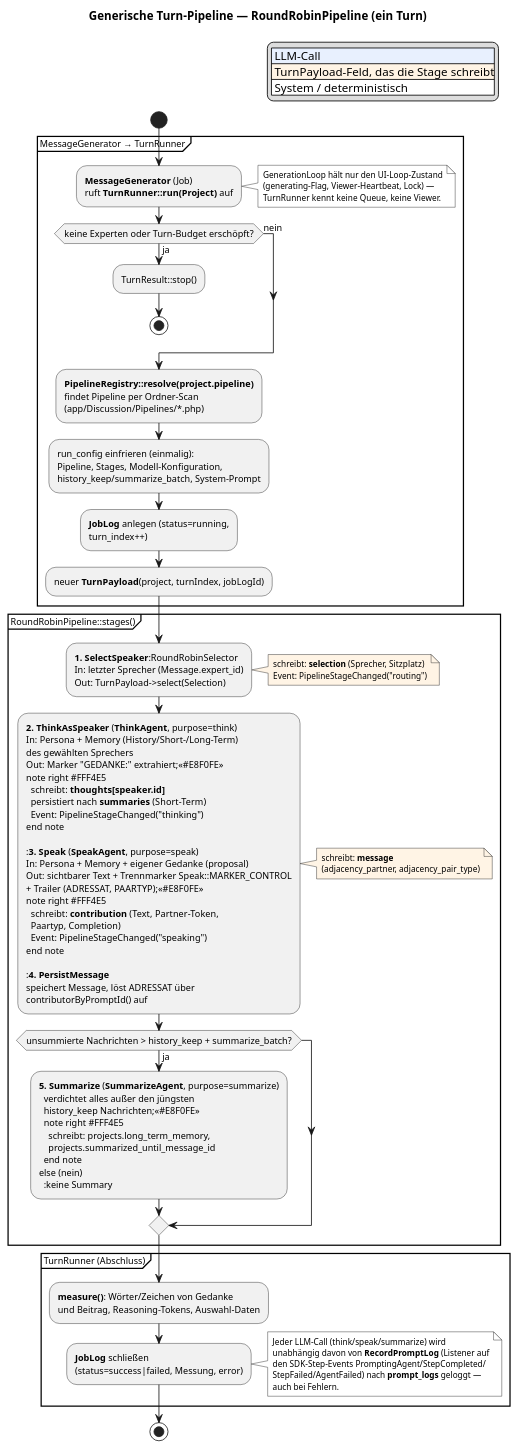
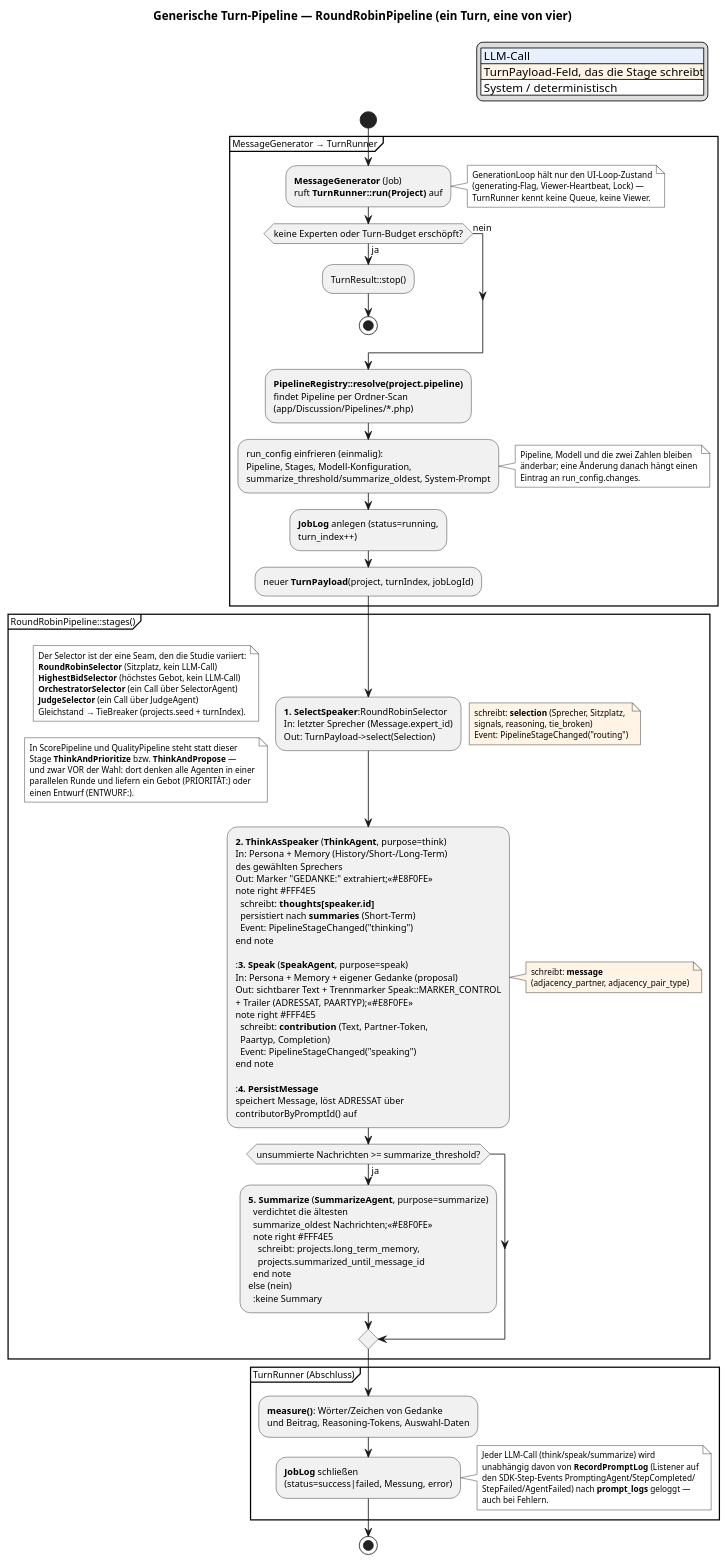
Before and after one commit to jnloos/Communicat: the diagram in docs/pipeline.puml, drawn with PlantUML.

Commit message:
Document the four speaker-selection pipelines
The diagram keeps showing one turn of RoundRobinPipeline, with notes for what
the other three change: the four selectors at the SelectSpeaker step, and that
Score and Quality think before the pick rather than after it. Also the renamed
summarization parameters and the run_config.changes trail.

CLAUDE.md was updated on disk as well — it is gitignored and cannot be part of
this commit.

```diff
--- a/docs/pipeline.puml
+++ b/docs/pipeline.puml
@@ -1,107 +1,129 @@
 @startuml
-title Generische Turn-Pipeline — RoundRobinPipeline (ein Turn)
+title Generische Turn-Pipeline — RoundRobinPipeline (ein Turn, eine von vier)
 
 skinparam dpi 110
 skinparam defaultFontSize 11
 skinparam noteFontSize 10
 
 legend top right
   |<#E8F0FE> LLM-Call|
   |<#FFF4E5> TurnPayload-Feld, das die Stage schreibt|
   |<#FFFFFF> System / deterministisch|
 endlegend
 
 start
 
 partition "MessageGenerator → TurnRunner" {
   :**MessageGenerator** (Job)
   ruft **TurnRunner::run(Project)** auf;
   note right #FFFFFF
     GenerationLoop hält nur den UI-Loop-Zustand
     (generating-Flag, Viewer-Heartbeat, Lock) —
     TurnRunner kennt keine Queue, keine Viewer.
   end note
 
   if (keine Experten oder Turn-Budget erschöpft?) then (ja)
     :TurnResult::stop();
     stop
   else (nein)
   endif
 
   :**PipelineRegistry::resolve(project.pipeline)**
   findet Pipeline per Ordner-Scan
   (app/Discussion/Pipelines/*.php);
   :run_config einfrieren (einmalig):
   Pipeline, Stages, Modell-Konfiguration,
-  history_keep/summarize_batch, System-Prompt;
+  summarize_threshold/summarize_oldest, System-Prompt;
+  note right #FFFFFF
+    Pipeline, Modell und die zwei Zahlen bleiben
+    änderbar; eine Änderung danach hängt einen
+    Eintrag an run_config.changes.
+  end note
   :**JobLog** anlegen (status=running,
   turn_index++);
   :neuer **TurnPayload**(project, turnIndex, jobLogId);
 }
 
 partition "RoundRobinPipeline::stages()" {
   :**1. SelectSpeaker**:RoundRobinSelector
   In: letzter Sprecher (Message.expert_id)
   Out: TurnPayload->select(Selection);
   note right #FFF4E5
-    schreibt: **selection** (Sprecher, Sitzplatz)
+    schreibt: **selection** (Sprecher, Sitzplatz,
+    signals, reasoning, tie_broken)
     Event: PipelineStageChanged("routing")
+  end note
+  note left #FFFFFF
+    Der Selector ist der eine Seam, den die Studie variiert:
+    **RoundRobinSelector** (Sitzplatz, kein LLM-Call)
+    **HighestBidSelector** (höchstes Gebot, kein LLM-Call)
+    **OrchestratorSelector** (ein Call über SelectorAgent)
+    **JudgeSelector** (ein Call über JudgeAgent)
+    Gleichstand → TieBreaker (projects.seed + turnIndex).
+  end note
+
+  note left #FFFFFF
+    In ScorePipeline und QualityPipeline steht statt dieser
+    Stage **ThinkAndPrioritize** bzw. **ThinkAndPropose** —
+    und zwar VOR der Wahl: dort denken alle Agenten in einer
+    parallelen Runde und liefern ein Gebot (PRIORITÄT:) oder
+    einen Entwurf (ENTWURF:).
   end note
 
   :**2. ThinkAsSpeaker** (**ThinkAgent**, purpose=think)
   In: Persona + Memory (History/Short-/Long-Term)
   des gewählten Sprechers
   Out: Marker "GEDANKE:" extrahiert;<<#E8F0FE>>
   note right #FFF4E5
     schreibt: **thoughts[speaker.id]**
     persistiert nach **summaries** (Short-Term)
     Event: PipelineStageChanged("thinking")
   end note
 
   :**3. Speak** (**SpeakAgent**, purpose=speak)
   In: Persona + Memory + eigener Gedanke (proposal)
   Out: sichtbarer Text + Trennmarker Speak::MARKER_CONTROL
   + Trailer (ADRESSAT, PAARTYP);<<#E8F0FE>>
   note right #FFF4E5
     schreibt: **contribution** (Text, Partner-Token,
     Paartyp, Completion)
     Event: PipelineStageChanged("speaking")
   end note
 
   :**4. PersistMessage**
   speichert Message, löst ADRESSAT über
   contributorByPromptId() auf;
   note right #FFF4E5
     schreibt: **message**
     (adjacency_partner, adjacency_pair_type)
   end note
 
-  if (unsummierte Nachrichten > history_keep + summarize_batch?) then (ja)
+  if (unsummierte Nachrichten >= summarize_threshold?) then (ja)
     :**5. Summarize** (**SummarizeAgent**, purpose=summarize)
-    verdichtet alles außer den jüngsten
-    history_keep Nachrichten;<<#E8F0FE>>
+    verdichtet die ältesten
+    summarize_oldest Nachrichten;<<#E8F0FE>>
     note right #FFF4E5
       schreibt: projects.long_term_memory,
       projects.summarized_until_message_id
     end note
   else (nein)
     :keine Summary;
   endif
 }
 
 partition "TurnRunner (Abschluss)" {
   :**measure()**: Wörter/Zeichen von Gedanke
   und Beitrag, Reasoning-Tokens, Auswahl-Daten;
   :**JobLog** schließen
   (status=success|failed, Messung, error);
   note right #FFFFFF
     Jeder LLM-Call (think/speak/summarize) wird
     unabhängig davon von **RecordPromptLog** (Listener auf
     den SDK-Step-Events PromptingAgent/StepCompleted/
     StepFailed/AgentFailed) nach **prompt_logs** geloggt —
     auch bei Fehlern.
   end note
 }
 
 stop
 @enduml
```
